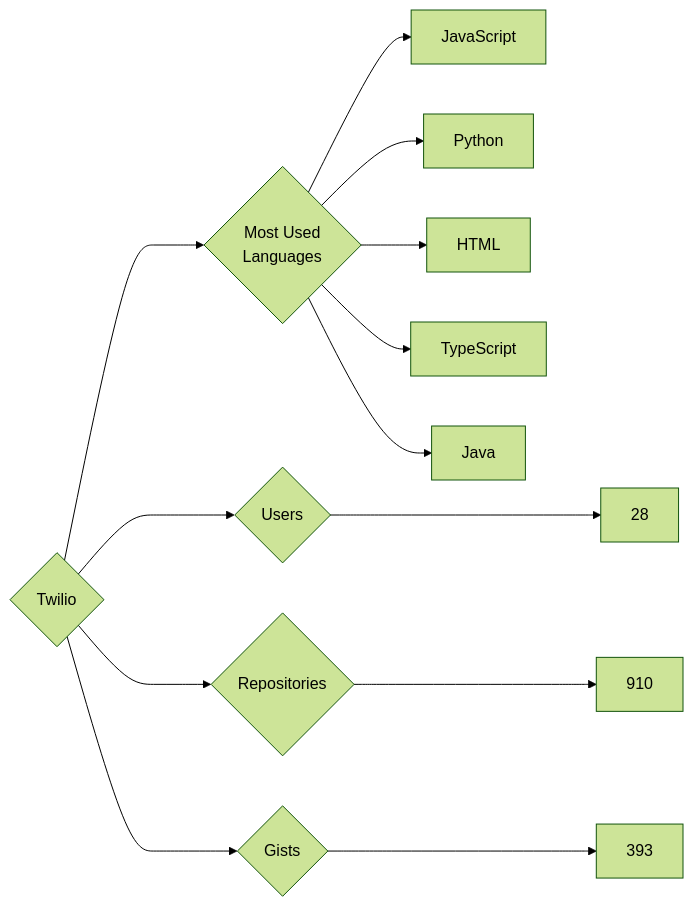
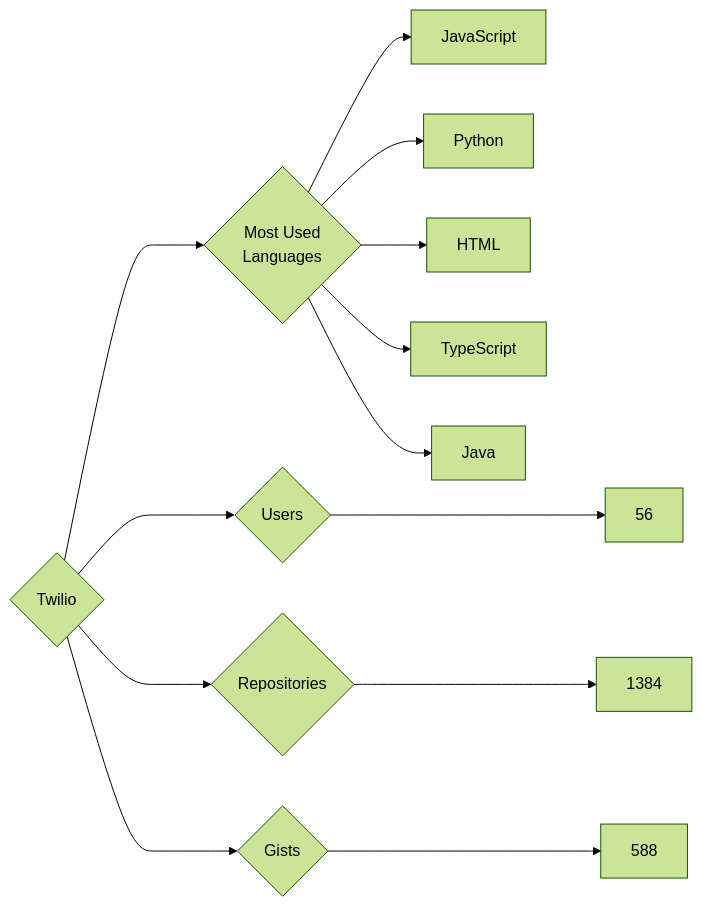
Before and after one commit to trickest/insiders: the diagram in targets/Twilio/README.md, drawn with Mermaid (forest theme). The commit also changed 912 other files, not shown here.

````diff
--- a/targets/Twilio/README.md
+++ b/targets/Twilio/README.md
@@ -3,13 +3,13 @@
 ```mermaid
 graph LR
 COMPANY_NAME{Twilio}
-COMPANY_NAME ---> U{Users} ---> UN[28]
-COMPANY_NAME ---> R{Repositories} ---> RN[910]
-COMPANY_NAME ---> G{Gists} ---> GN[393]
+COMPANY_NAME ---> U{Users} ---> UN[56]
+COMPANY_NAME ---> R{Repositories} ---> RN[1384]
+COMPANY_NAME ---> G{Gists} ---> GN[588]
 COMPANY_NAME ---> ML{Most Used<br>Languages}
 ML --> JavaScript[JavaScript]
 ML --> Python[Python]
 ML --> HTML[HTML]
 ML --> TypeScript[TypeScript]
 ML --> Java[Java]
 ```
````
